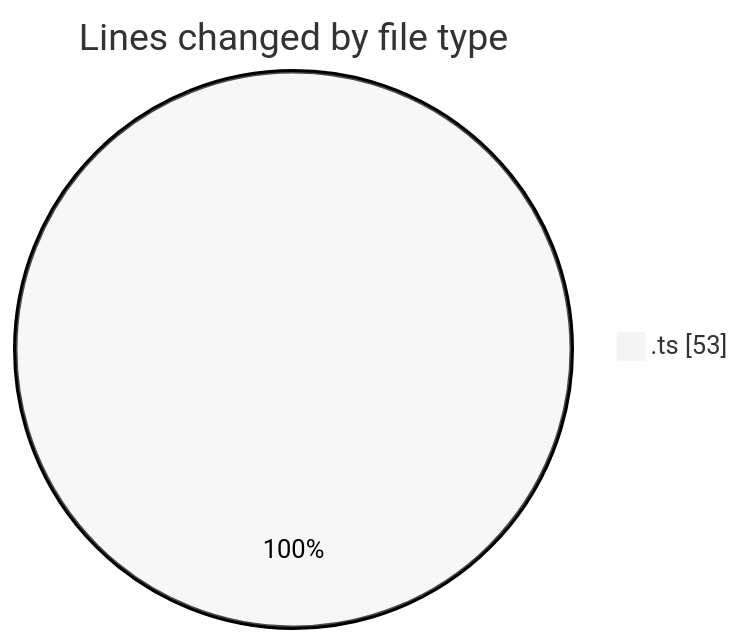
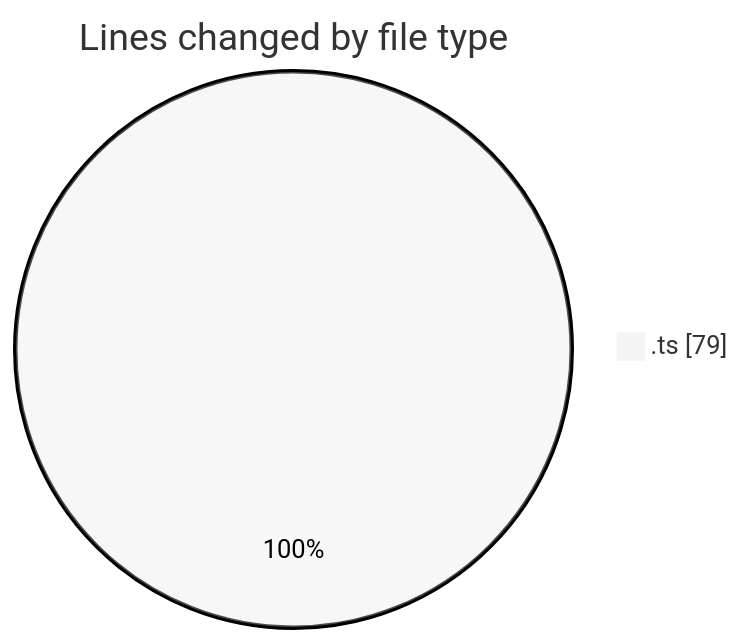
Before and after one commit to ernivani/code-tracking: the first of 2 diagrams in 2025-01-03/leetcode-solutions/README.md, drawn with Mermaid (neutral theme). The commit also changed other lines of this file and 1 other file, not shown here.

````diff
--- a/2025-01-03/leetcode-solutions/README.md
+++ b/2025-01-03/leetcode-solutions/README.md
@@ -20,5 +20,5 @@
 ```mermaid
 pie showData
 title Lines changed by file type
-".ts" : 53
+".ts" : 79
 ```
````
